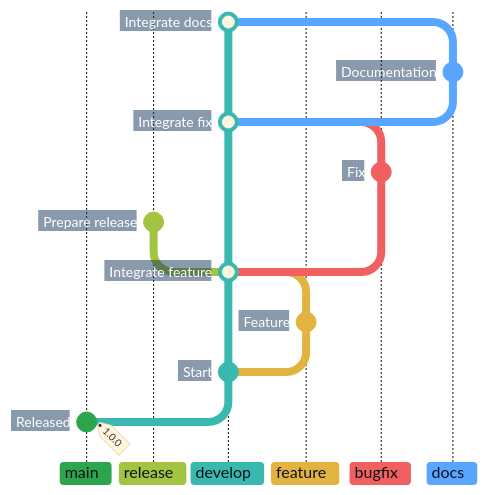
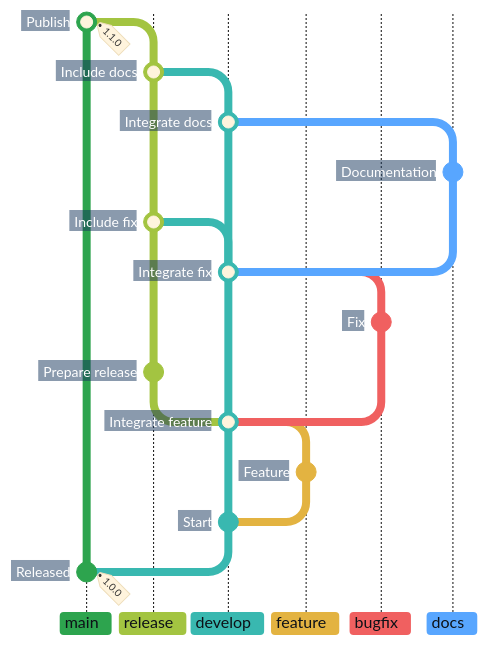
Before and after one commit to superhero/operations.superduper.solutions: the first of 3 diagrams in docs/adr/cicd.md, drawn with Mermaid. The commit also changed other lines of this file, not shown here.

First line of the commit message:
docs: show release updates and final publication

````diff
--- a/docs/adr/cicd.md
+++ b/docs/adr/cicd.md
@@ -46,30 +50,37 @@
 ```mermaid
 %%{init: {"theme": "base", "themeCSS": ".commit-label { font-weight: 700; transform: translateX(-8px); } .commit-label-bkg { opacity: 1; stroke: #17365D; stroke-width: 20px; transform: translateX(-5px); clip-path: polygon(-4px -4px, calc(100% + 4px) -4px, calc(100% + 10px) 50%, calc(100% + 4px) calc(100% + 4px), -4px calc(100% + 4px)) fill-box; }", "gitGraph": {"showCommitLabel": true, "rotateCommitLabel": false}, "themeVariables": {
     "commitLabelFontSize": "14px", "commitLabelColor": "#FFFFFF", "commitLabelBackground": "#17365D",
     "git0": "#2DA44E", "gitBranchLabel0": "#0D1117",
     "git1": "#A3C441", "gitBranchLabel1": "#0D1117",
     "git2": "#39B8B0", "gitBranchLabel2": "#0D1117",
     "git3": "#E3B341", "gitBranchLabel3": "#0D1117",
     "git4": "#F06060", "gitBranchLabel4": "#0D1117",
     "git5": "#58A6FF", "gitBranchLabel5": "#0D1117"
 }}}%%
 gitGraph BT:
     commit id: "Released" tag: "1.0.0"
     branch develop order: 2
     commit id: "Start"
     branch "feature" order: 3
     commit id: "Feature"
     checkout develop
     merge "feature" id: "Integrate feature"
     branch "release" order: 1
     commit id: "Prepare release"
     checkout develop
     branch "bugfix" order: 4
     commit id: "Fix"
     checkout develop
     merge "bugfix" id: "Integrate fix"
+    checkout "release"
+    merge develop id: "Include fix"
+    checkout develop
     branch "docs" order: 5
     commit id: "Documentation"
     checkout develop
     merge "docs" id: "Integrate docs"
+    checkout "release"
+    merge develop id: "Include docs"
+    checkout main
+    merge "release" id: "Publish" tag: "1.1.0"
 ```
````
